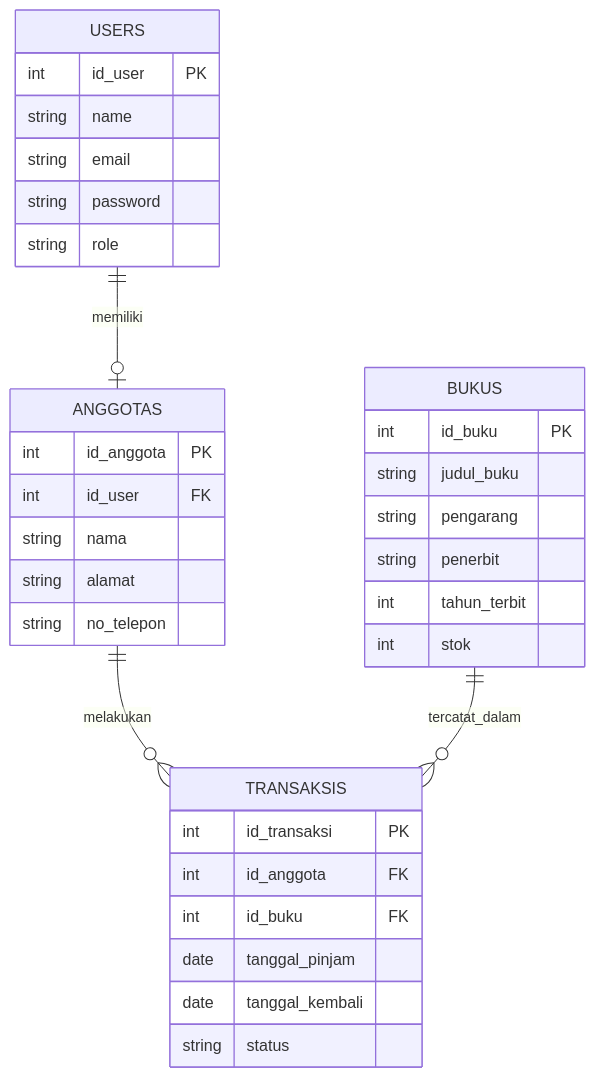
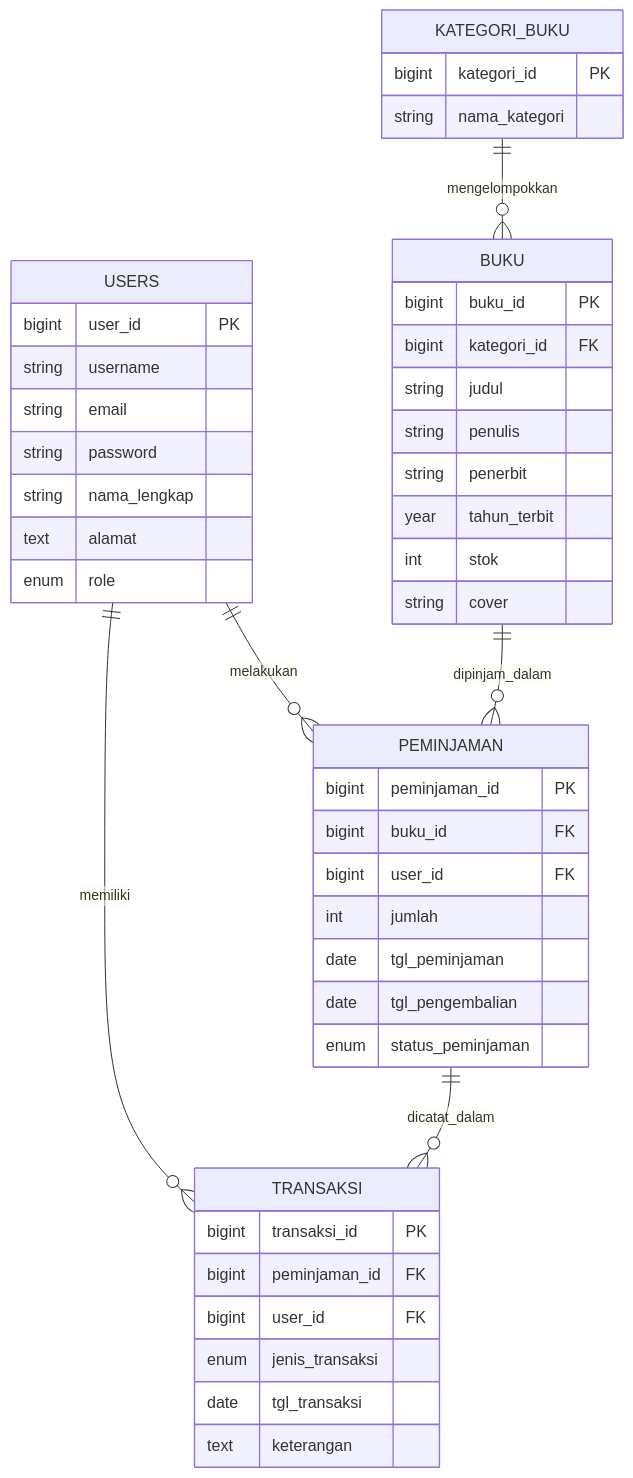
Before and after one commit to dyanpro206-a11y/UKK_Dyan: the first of 2 diagrams in README.md, drawn with Mermaid. The commit also changed other lines of this file, not shown here.

````diff
--- a/README.md
+++ b/README.md
@@ -131,40 +179,49 @@
 ```mermaid
 erDiagram
-    USERS ||--o| ANGGOTAS : memiliki
-    ANGGOTAS ||--o{ TRANSAKSIS : melakukan
-    BUKUS ||--o{ TRANSAKSIS : tercatat_dalam
+    USERS ||--o{ PEMINJAMAN : melakukan
+    USERS ||--o{ TRANSAKSI : memiliki
+    KATEGORI_BUKU ||--o{ BUKU : mengelompokkan
+    BUKU ||--o{ PEMINJAMAN : dipinjam_dalam
+    PEMINJAMAN ||--o{ TRANSAKSI : dicatat_dalam
 
     USERS {
-        int id_user PK
-        string name
+        bigint user_id PK
+        string username
         string email
         string password
-        string role
+        string nama_lengkap
+        text alamat
+        enum role
     }
-
-    ANGGOTAS {
-        int id_anggota PK
-        int id_user FK
-        string nama
-        string alamat
-        string no_telepon
+    KATEGORI_BUKU {
+        bigint kategori_id PK
+        string nama_kategori
     }
-
-    BUKUS {
-        int id_buku PK
-        string judul_buku
-        string pengarang
+    BUKU {
+        bigint buku_id PK
+        bigint kategori_id FK
+        string judul
+        string penulis
         string penerbit
-        int tahun_terbit
+        year tahun_terbit
         int stok
+        string cover
     }
-
-    TRANSAKSIS {
-        int id_transaksi PK
-        int id_anggota FK
-        int id_buku FK
-        date tanggal_pinjam
-        date tanggal_kembali
-        string status
+    PEMINJAMAN {
+        bigint peminjaman_id PK
+        bigint buku_id FK
+        bigint user_id FK
+        int jumlah
+        date tgl_peminjaman
+        date tgl_pengembalian
+        enum status_peminjaman
+    }
+    TRANSAKSI {
+        bigint transaksi_id PK
+        bigint peminjaman_id FK
+        bigint user_id FK
+        enum jenis_transaksi
+        date tgl_transaksi
+        text keterangan
     }
 ```
````
